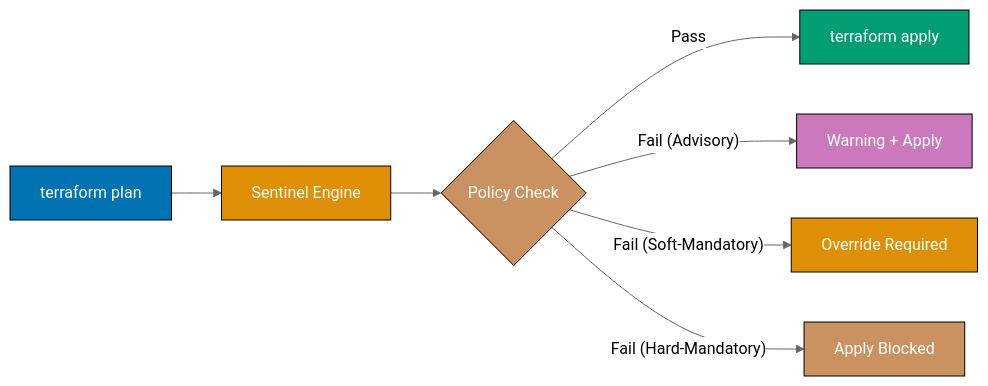
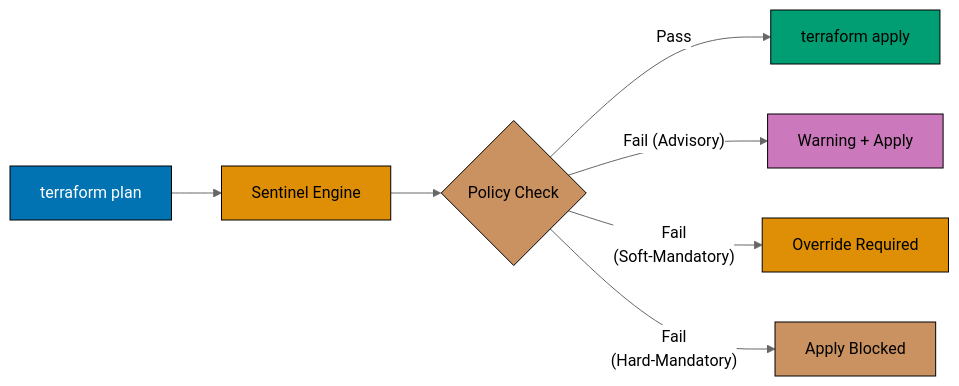
Before and after one commit to wahidyankf/ose-public: the second of 9 diagrams in apps/ayokoding-www/content/en/learn/legacy/software-engineering/infrastructure/infrastructure-as-code/by-example/advanced.md, drawn with Mermaid (neutral theme). The commit also changed other lines of this file and 131 other files, not shown here.

First line of the commit message:
fix(mermaid): bring the legacy data, infrastructure, and testing diagrams onto the accessible palette

````diff
--- a/apps/ayokoding-www/content/en/learn/legacy/software-engineering/infrastructure/infrastructure-as-code/by-example/advanced.md
+++ b/apps/ayokoding-www/content/en/learn/legacy/software-engineering/infrastructure/infrastructure-as-code/by-example/advanced.md
@@ -260,18 +268,26 @@
 ```mermaid
 %% Color Palette: Blue #0173B2, Orange #DE8F05, Teal #029E73, Purple #CC78BC, Brown #CA9161
 graph LR
+  accTitle: Example 61: Sentinel Policy Enforcement
+  accDescr: Graph with 7 nodes and 6 connections. Nodes: terraform plan, Sentinel Engine, Policy Check, terraform apply, Warning + Apply, Override Required, Apply Blocked. Connections: terraform plan to Sentinel Engine, Sentinel Engine to Policy Check, Policy Check to terraform apply (Pass), Policy Check to Warning + Apply (Fail (Advisory)), Policy Check to Override Required (Fail (Soft-Mandatory)), Policy Check to Apply Blocked (Fail (Hard-Mandatory)).
   A["terraform plan"] --> B["Sentinel Engine"]
   B --> C{Policy Check}
   C -->|"Pass"| D["terraform apply"]
   C -->|"Fail (Advisory)"| E["Warning + Apply"]
-  C -->|"Fail (Soft-Mandatory)"| F["Override Required"]
-  C -->|"Fail (Hard-Mandatory)"| G["Apply Blocked"]
+  C -->|"Fail<br/>(Soft-Mandatory)"| F["Override Required"]
+  C -->|"Fail<br/>(Hard-Mandatory)"| G["Apply Blocked"]
 
-  style A fill:#0173B2,stroke:#000,color:#fff
-  style B fill:#DE8F05,stroke:#000,color:#fff
-  style C fill:#CA9161,stroke:#000,color:#fff
-  style D fill:#029E73,stroke:#000,color:#fff
-  style E fill:#CC78BC,stroke:#000,color:#fff
-  style F fill:#DE8F05,stroke:#000,color:#fff
-  style G fill:#CA9161,stroke:#000,color:#fff
+  classDef pal-0173B2 fill:#0173B2,stroke:#000000,color:#FFFFFF
+  class A pal-0173B2
+  classDef pal-DE8F05 fill:#DE8F05,stroke:#000000,color:#000000
+  class B pal-DE8F05
+  classDef pal-CA9161 fill:#CA9161,stroke:#000000,color:#000000
+  class C pal-CA9161
+  classDef pal-029E73 fill:#029E73,stroke:#000000,color:#000000
+  class D pal-029E73
+  classDef pal-CC78BC fill:#CC78BC,stroke:#000000,color:#000000
+  class E pal-CC78BC
+  class F pal-DE8F05
+  class G pal-CA9161
+  classDef default fill:#FFFFFF,stroke:#000000,color:#000000
 ```
````
